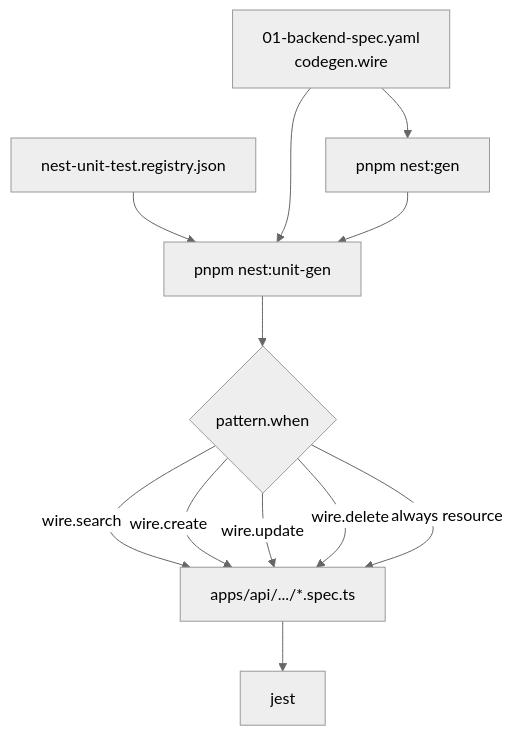
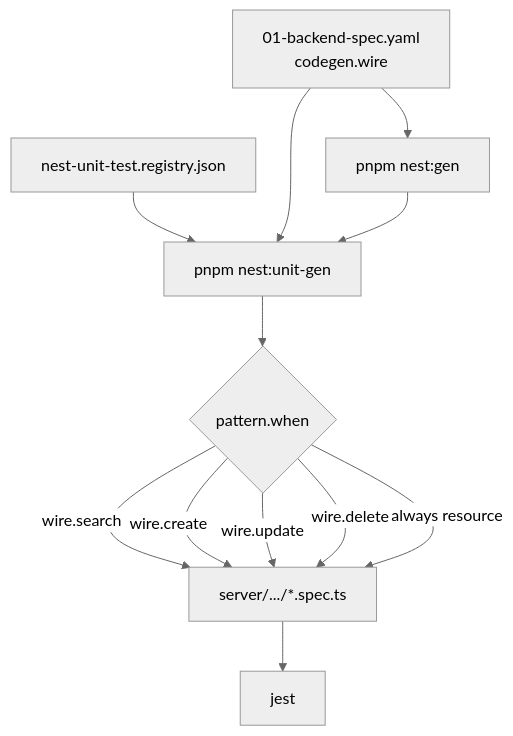
Before and after one commit to raintr91/next_nest: the second of 2 diagrams in docs/operational/NEST-UNIT-PHASE-DIAGRAM.md, drawn with Mermaid (neutral theme). The commit also changed other lines of this file and 233 other files, not shown here.

````diff
--- a/docs/operational/NEST-UNIT-PHASE-DIAGRAM.md
+++ b/docs/operational/NEST-UNIT-PHASE-DIAGRAM.md
@@ -63,22 +63,22 @@
 ```mermaid
 flowchart TD
   REG["nest-unit-test.registry.json"]
   SPEC["01-backend-spec.yaml\ncodegen.wire"]
   NG["pnpm nest:gen"]
   NUG["pnpm nest:unit-gen"]
   PAT{"pattern.when"}
-  OUT["apps/api/.../*.spec.ts"]
+  OUT["server/.../*.spec.ts"]
   JEST["jest"]
 
   REG --> NUG
   SPEC --> NG
   SPEC --> NUG
   NG --> NUG
   NUG --> PAT
   PAT -->|wire.search| OUT
   PAT -->|wire.create| OUT
   PAT -->|wire.update| OUT
   PAT -->|wire.delete| OUT
   PAT -->|always resource| OUT
   OUT --> JEST
 ```
````
